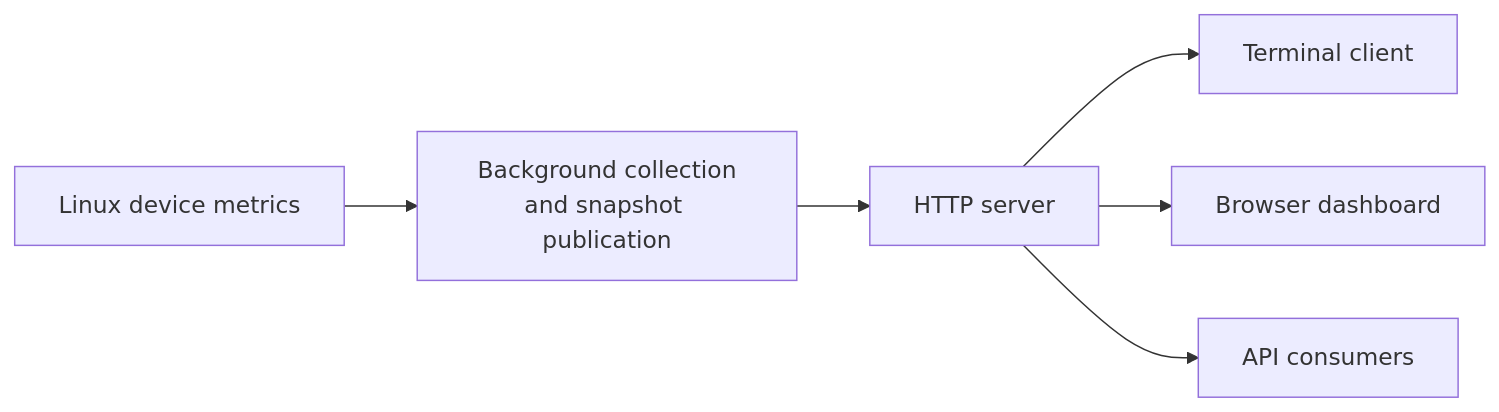
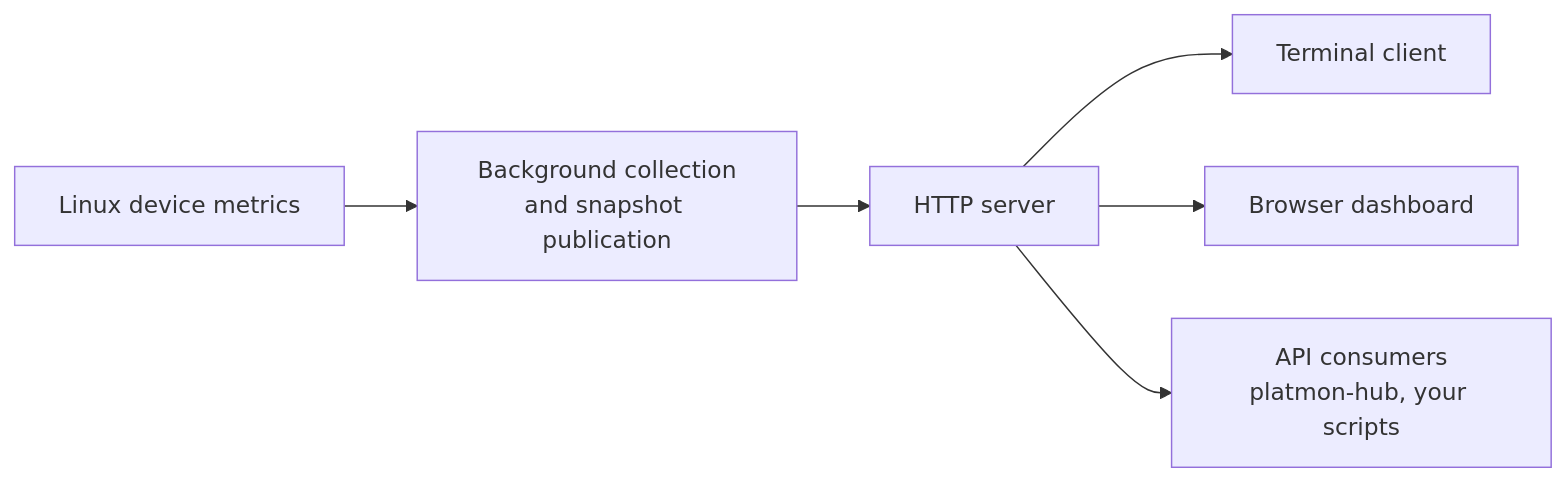
The diagram in README.md (platmon/platmon), drawn with Mermaid before and after one commit. The commit also changed other lines of this file and 3 other files, not shown here.

````diff
--- a/README.md
+++ b/README.md
@@ -20,8 +79,8 @@
 ```mermaid
 flowchart LR
     Device["Linux device metrics"] --> Service["Background collection<br/>and snapshot publication"]
     Service --> HTTP["HTTP server"]
     HTTP --> CLI["Terminal client"]
     HTTP --> Web["Browser dashboard"]
-    HTTP --> Consumers["API consumers"]
+    HTTP --> Consumers["API consumers<br/>platmon-hub, your scripts"]
 ```
````
